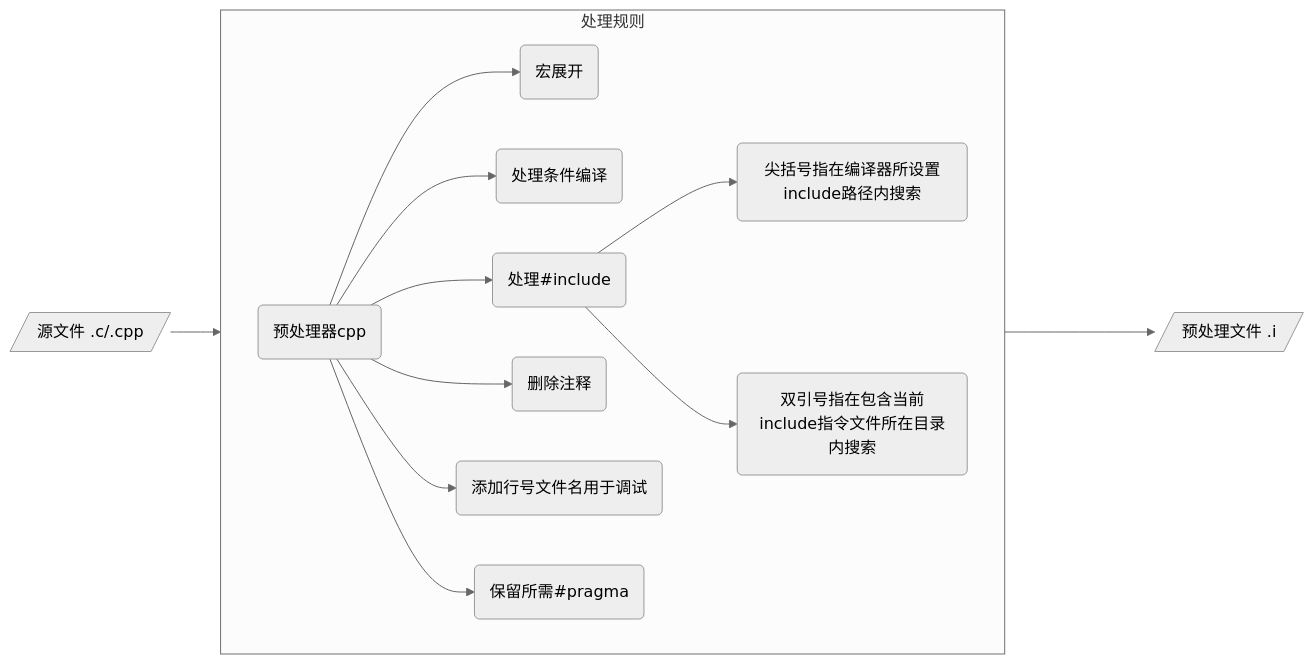
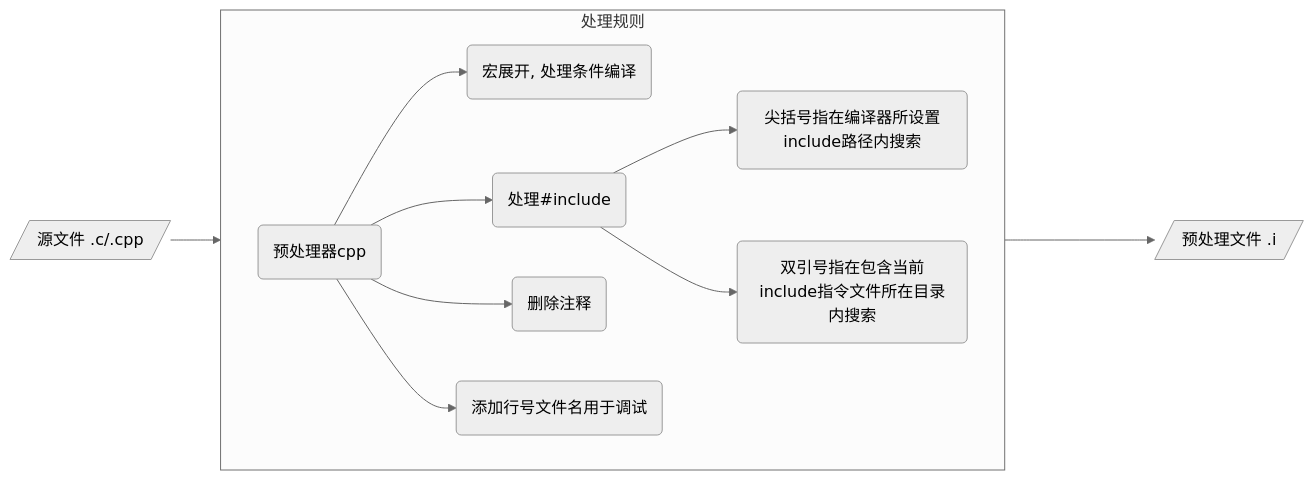
One commit to dmjcb/dmjcb.github.io changed the second of 8 diagrams in _posts/language/c_c++/compile/2021-06-15-编译过程.md. Above: the diagram before and after it, drawn with Mermaid (neutral theme). The commit also changed other lines of this file and 28 other files, not shown here.

````diff
--- a/_posts/language/c_c++/compile/2021-06-15-编译过程.md
+++ b/_posts/language/c_c++/compile/2021-06-15-编译过程.md
@@ -38,18 +36,16 @@
 ```mermaid
 graph LR;
     subgraph 处理规则
         direction LR
         A(预处理器cpp)
-        A --> B(宏展开)
-        A --> C(处理条件编译)
+        A --> B(宏展开, 处理条件编译)
         A --> D(处理#include)
         D --> D1(尖括号指在编译器所设置include路径内搜索)
         D --> D2(双引号指在包含当前include指令文件所在目录内搜索)
         A --> E(删除注释)
         A --> F(添加行号文件名用于调试)
-        A --> G(保留所需#pragma)
     end
 
     P[/源文件 .c/.cpp/] --> A
     处理规则 ----> I[/预处理文件 .i/]
 ```
````
